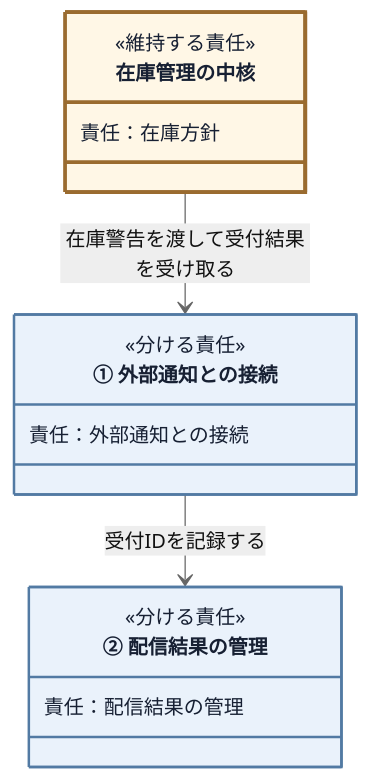
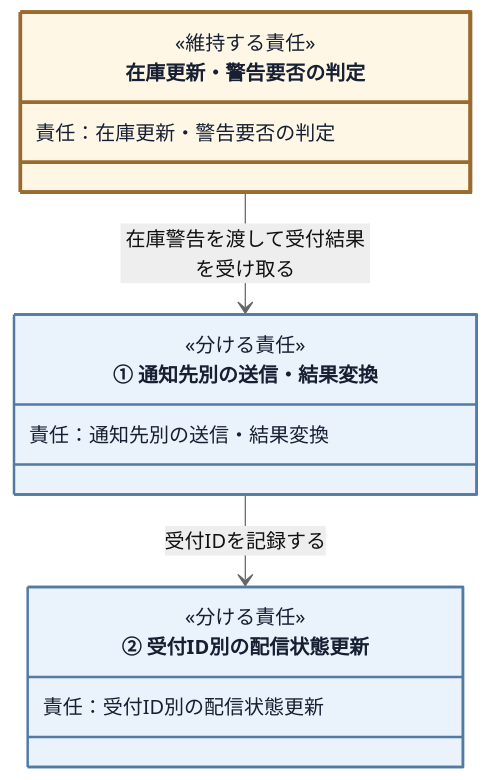
Before and after one commit to kumachan1101-pixel/DesignPattern: the eighth of 18 diagrams in kindle/design-patterns/books/volume01-core-patterns/output/05-chapter03.md, drawn with Mermaid (neutral theme). The commit also changed other lines of this file and 17 other files, not shown here.

````diff
--- a/kindle/design-patterns/books/volume01-core-patterns/output/05-chapter03.md
+++ b/kindle/design-patterns/books/volume01-core-patterns/output/05-chapter03.md
@@ -1484,22 +1408,22 @@
 ```mermaid
 classDiagram
     %% provisional-role-diagram
     direction TB
-    class InventoryPolicy["在庫管理の中核"]:::current {
+    class InventoryPolicy["在庫更新・警告要否の判定"]:::current {
         <<維持する責任>>
-        責任：在庫方針
+        責任：在庫更新・警告要否の判定
     }
-    class NotificationConnection["① 外部通知との接続"]:::separated {
+    class NotificationConnection["① 通知先別の送信・結果変換"]:::separated {
         <<分ける責任>>
-        責任：外部通知との接続
+        責任：通知先別の送信・結果変換
     }
-    class DeliveryTracking["② 配信結果の管理"]:::separated {
+    class DeliveryTracking["② 受付ID別の配信状態更新"]:::separated {
         <<分ける責任>>
-        責任：配信結果の管理
+        責任：受付ID別の配信状態更新
     }
     InventoryPolicy --> NotificationConnection : 在庫警告を渡して受付結果を受け取る
     NotificationConnection --> DeliveryTracking : 受付IDを記録する
 
     classDef separated fill:#eaf2fb,stroke:#527aa3,stroke-width:2px,color:#172033;
     classDef current fill:#fff7e6,stroke:#9a6b2f,stroke-width:3px,color:#172033;
 ```
````
